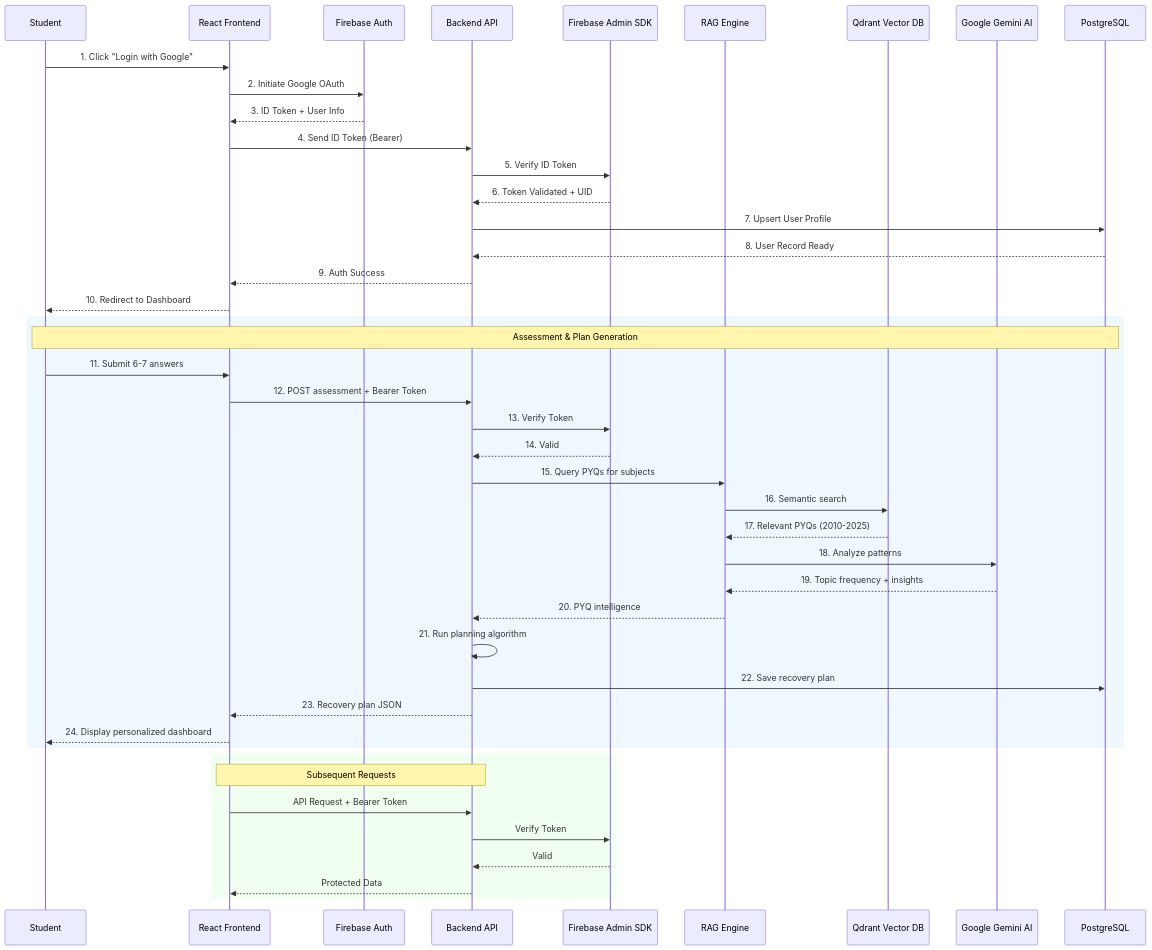
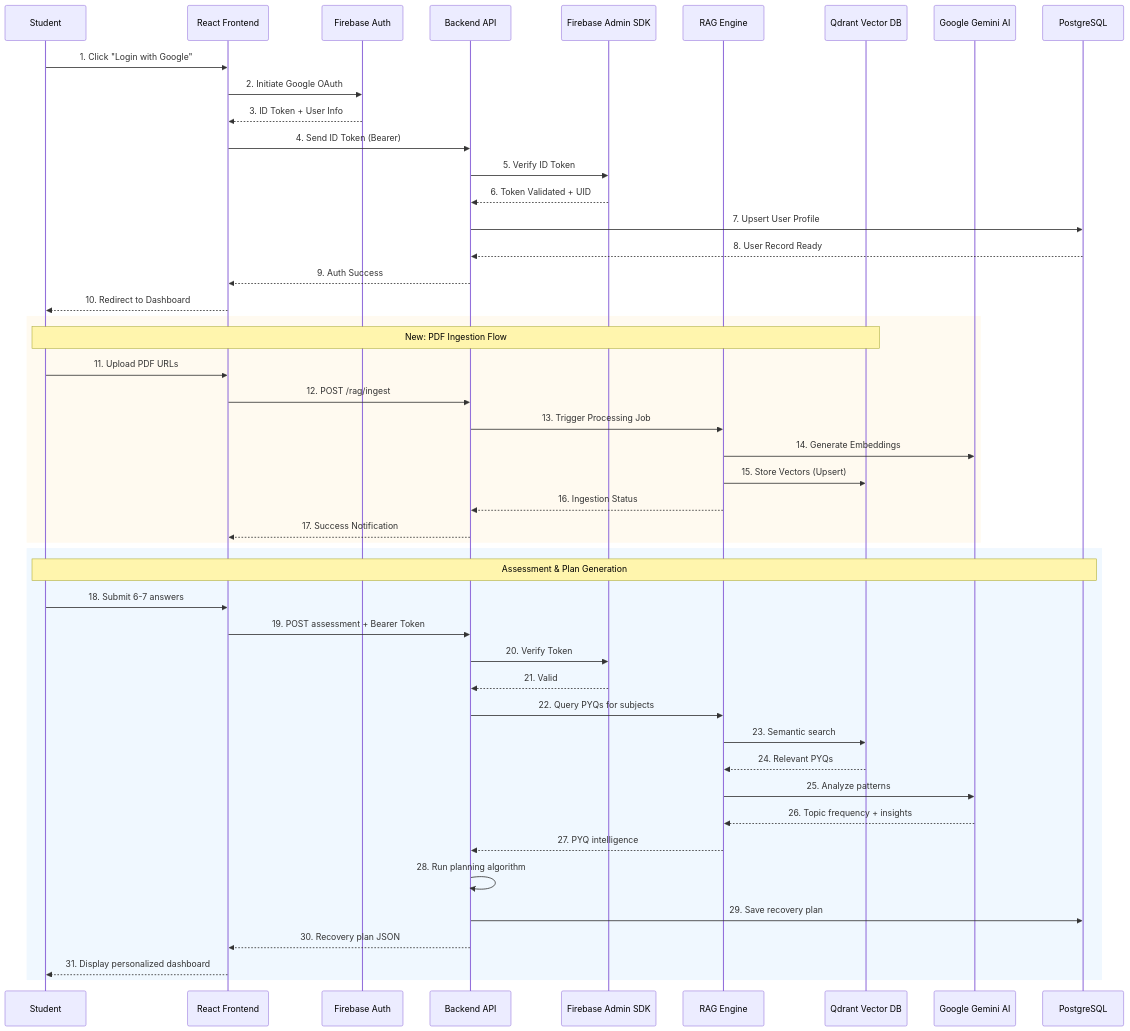
One commit to thebuildguild-dev/TheBuildGuild_AMUHACKS5.0 changed the second of 3 diagrams in README.md. Above: the diagram before and after it, drawn with Mermaid. The commit also changed other lines of this file, not shown here.

Commit message:
readme update

````diff
--- a/README.md
+++ b/README.md
@@ -111,53 +112,56 @@
 ```mermaid
 sequenceDiagram
     participant Student
     participant Frontend as React Frontend
     participant Firebase as Firebase Auth
     participant API as Backend API
     participant AdminSDK as Firebase Admin SDK
     participant RAG as RAG Engine
     participant VDB as Qdrant Vector DB
     participant Gemini as Google Gemini AI
     participant DB as PostgreSQL
 
     Student->>Frontend: 1. Click "Login with Google"
     Frontend->>Firebase: 2. Initiate Google OAuth
     Firebase-->>Frontend: 3. ID Token + User Info
 
     Frontend->>API: 4. Send ID Token (Bearer)
     API->>AdminSDK: 5. Verify ID Token
     AdminSDK-->>API: 6. Token Validated + UID
     API->>DB: 7. Upsert User Profile
     DB-->>API: 8. User Record Ready
     API-->>Frontend: 9. Auth Success
     Frontend-->>Student: 10. Redirect to Dashboard
 
+    rect rgb(255,250,240)
+        Note over Student,VDB: New: PDF Ingestion Flow
+        Student->>Frontend: 11. Upload PDF URLs
+        Frontend->>API: 12. POST /rag/ingest
+        API->>RAG: 13. Trigger Processing Job
+        RAG->>Gemini: 14. Generate Embeddings
+        RAG->>VDB: 15. Store Vectors (Upsert)
+        RAG-->>API: 16. Ingestion Status
+        API-->>Frontend: 17. Success Notification
+    end
+
     rect rgb(240,248,255)
         Note over Student,DB: Assessment & Plan Generation
-        Student->>Frontend: 11. Submit 6-7 answers
-        Frontend->>API: 12. POST assessment + Bearer Token
-        API->>AdminSDK: 13. Verify Token
-        AdminSDK-->>API: 14. Valid
+        Student->>Frontend: 18. Submit 6-7 answers
+        Frontend->>API: 19. POST assessment + Bearer Token
+        API->>AdminSDK: 20. Verify Token
+        AdminSDK-->>API: 21. Valid
         
-        API->>RAG: 15. Query PYQs for subjects
-        RAG->>VDB: 16. Semantic search
-        VDB-->>RAG: 17. Relevant PYQs (2010-2025)
+        API->>RAG: 22. Query PYQs for subjects
+        RAG->>VDB: 23. Semantic search
+        VDB-->>RAG: 24. Relevant PYQs
         
-        RAG->>Gemini: 18. Analyze patterns
-        Gemini-->>RAG: 19. Topic frequency + insights
+        RAG->>Gemini: 25. Analyze patterns
+        Gemini-->>RAG: 26. Topic frequency + insights
         
-        RAG-->>API: 20. PYQ intelligence
-        API->>API: 21. Run planning algorithm
-        API->>DB: 22. Save recovery plan
-        API-->>Frontend: 23. Recovery plan JSON
-        Frontend-->>Student: 24. Display personalized dashboard
-    end
-
-    rect rgb(240,255,240)
-        Note over Frontend,API: Subsequent Requests
-        Frontend->>API: API Request + Bearer Token
-        API->>AdminSDK: Verify Token
-        AdminSDK-->>API: Valid
-        API-->>Frontend: Protected Data
+        RAG-->>API: 27. PYQ intelligence
+        API->>API: 28. Run planning algorithm
+        API->>DB: 29. Save recovery plan
+        API-->>Frontend: 30. Recovery plan JSON
+        Frontend-->>Student: 31. Display personalized dashboard
     end
 ```
````
